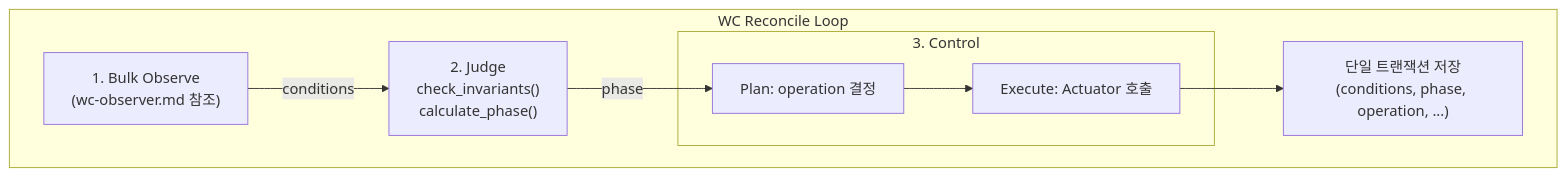
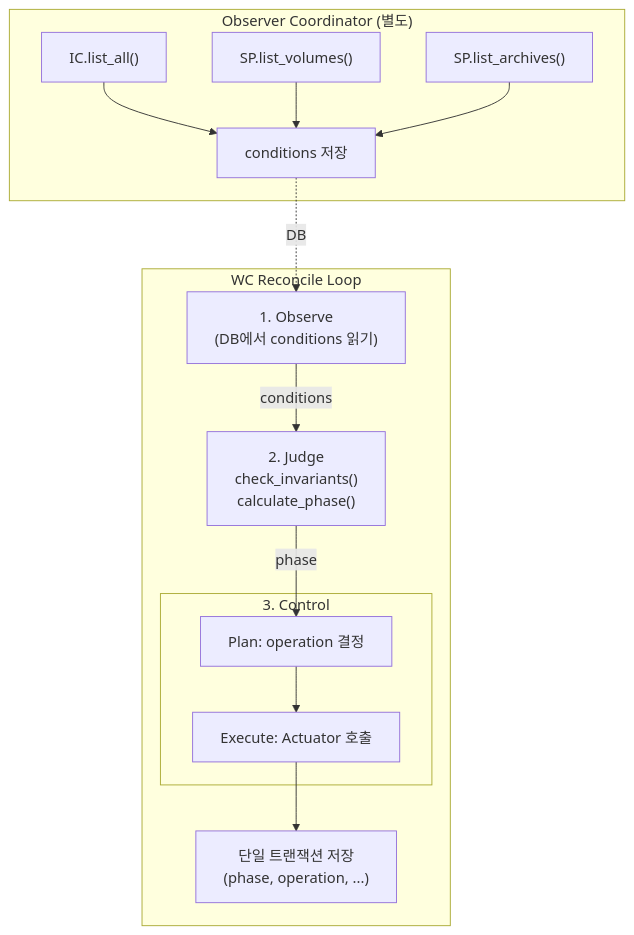
Before and after one commit to cagojeiger/code-hub: the first of 3 diagrams in docs/architecture_v2/wc.md, drawn with Mermaid. The commit also changed other lines of this file, not shown here.

First line of the commit message:
docs(architecture_v2): refactor wc.md for Observer separation

````diff
--- a/docs/architecture_v2/wc.md
+++ b/docs/architecture_v2/wc.md
@@ -26,19 +26,32 @@
 ```mermaid
 flowchart TB
+    subgraph OBS_COORD["Observer Coordinator (별도)"]
+        IC["IC.list_all()"]
+        SPV["SP.list_volumes()"]
+        SPA["SP.list_archives()"]
+        SAVE_COND["conditions 저장"]
+
+        IC --> SAVE_COND
+        SPV --> SAVE_COND
+        SPA --> SAVE_COND
+    end
+
     subgraph WC["WC Reconcile Loop"]
-        OBS["1. Bulk Observe<br/>(wc-observer.md 참조)"]
+        OBS["1. Observe<br/>(DB에서 conditions 읽기)"]
         JUDGE["2. Judge<br/>check_invariants()<br/>calculate_phase()"]
 
         subgraph CTRL["3. Control"]
             PLAN["Plan: operation 결정"]
             EXEC["Execute: Actuator 호출"]
         end
 
-        SAVE["단일 트랜잭션 저장<br/>(conditions, phase, operation, ...)"]
+        SAVE["단일 트랜잭션 저장<br/>(phase, operation, ...)"]
 
         OBS -->|conditions| JUDGE
         JUDGE -->|phase| PLAN
         PLAN --> EXEC
         EXEC --> SAVE
     end
+
+    SAVE_COND -.->|DB| OBS
 ```
````
